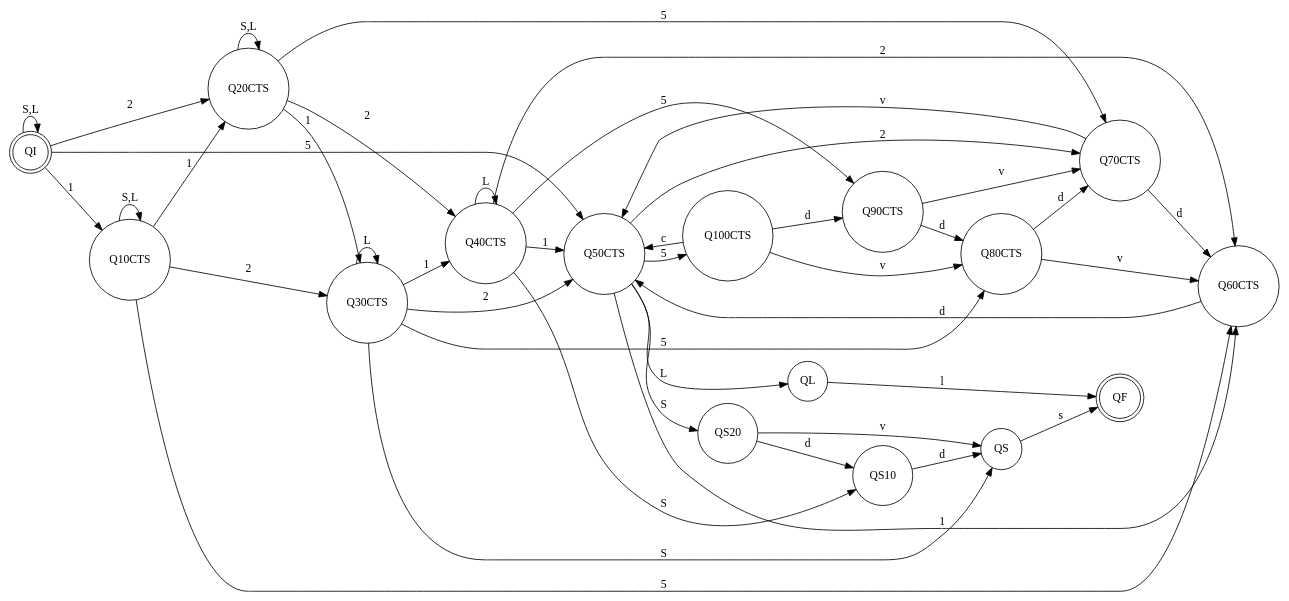
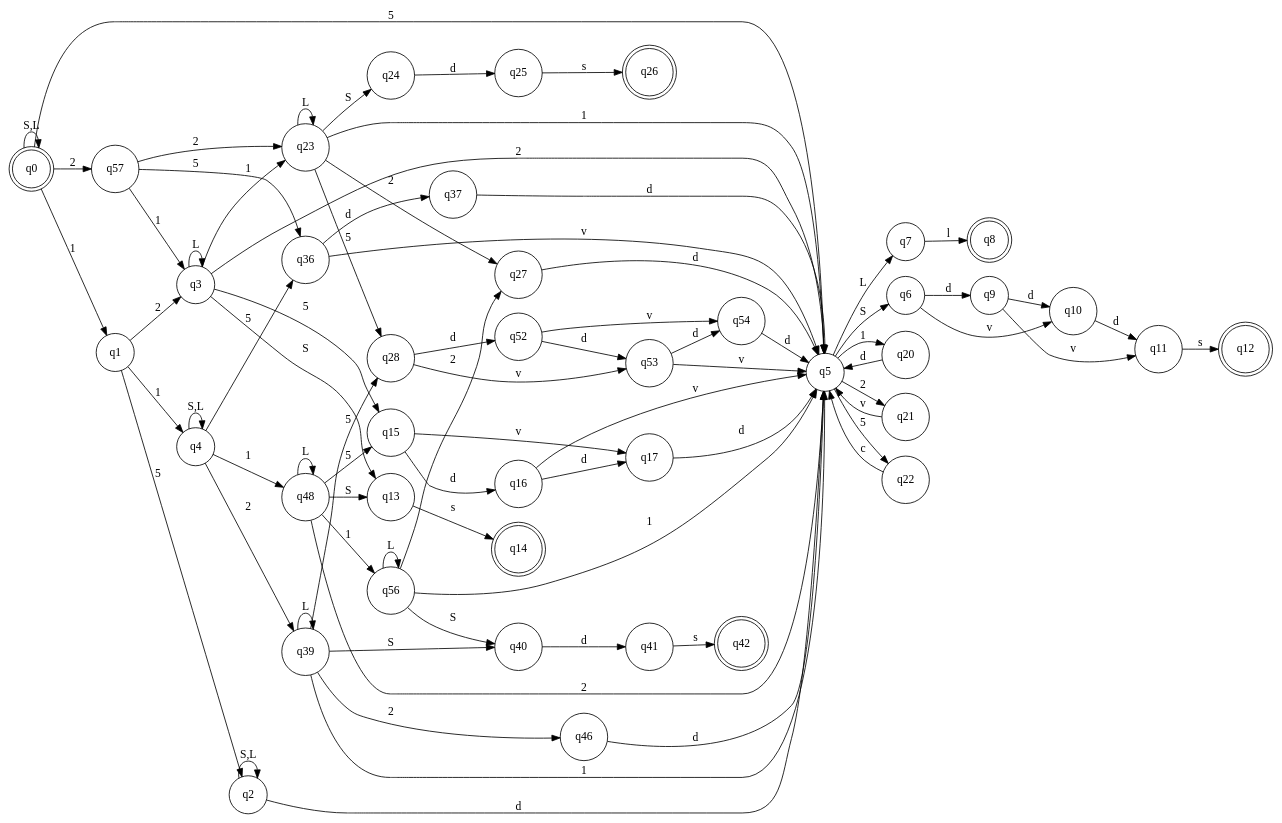
One commit to SalimKad/Automates changed the diagram in graphe.dot. Above: the diagram before and after it, drawn with Graphviz. The commit also changed 1 other file, not shown here.

```diff
--- a/graphe.dot
+++ b/graphe.dot
@@ -1,83 +1,127 @@
-digraph G{
+digraph G {
+    rankdir=LR
+    node [shape = circle]
 
-rankdir="LR";
-node [shape="circle"];
+    #état initial
+    q0 [shape = doublecircle]
+    
+    #états finaux
+    q8 [shape = doublecircle]
+    q12 [shape = doublecircle]
+    q14 [shape = doublecircle]
+    q26 [shape = doublecircle]
+    q42 [shape = doublecircle]
 
-//Q10CTS : 10 cts
-//Q20CTS : 20 cts
-//Q30CTS : 30 cts
-//Q40CTS : 40 cts
-//Q50CTS : 50 cts
-//Q60CTS : 60 cts
-//Q70CTS : 70 cts
+    #on commence par 50
+    q0 -> q5 [label="5"]
 
-//QS10 : on livre S et rend 10 cts
-//QS20 : on livre S et rend 20 cts...
+    #on commence par 20
+    q0 -> q57 [label="2"]
+    q57 -> q36 [label="5"]
+    q57 -> q23 [label="2"]
+    q57 -> q3 [label="1"]
 
-QI [shape = doublecircle]
-QF [shape = doublecircle]
+    #on commence par 10 cts
+    q0 -> q0 [label="S,L"]
+    q0 -> q1 [label="1"]
 
-//I.Cas 50 cts dès le début
-QI -> Q50CTS [label ="5"];
-QI -> QI [label ="S,L"];
-Q50CTS -> QS20 [label ="S"];
-QS20 -> QS10 [label ="d"];
-Q30CTS -> Q50CTS [label ="2"];
-QS20 -> QS [label ="v"];
-Q50CTS -> QL [label ="L"];
-QL -> QF [label ="l"];
+    #on a 10 cts et on rajoute 10, 20 ou 50 cts
+    q1 -> q2 [label="5"]
+    q1 -> q3 [label="2"]
+    q1 -> q4 [label="1"]
 
-//II.Cas 20 cts début
-//1.10 cts
-QI -> Q20CTS [label ="2"];
-Q20CTS -> Q20CTS [label ="S,L"];
-Q20CTS -> Q30CTS [label ="1"];
-Q30CTS -> Q30CTS [label ="L"];
-Q30CTS -> Q40CTS [label ="1"];
-Q40CTS -> Q40CTS [label ="L"];
-Q40CTS -> Q50CTS [label ="1"]; //Ici il a mis 50 cts
+    q2 -> q2 [label="S,L"]
+    #on est à 60 cts donc on rend 10
+    q2 -> q5 [label="d"]
+    #on est à 50 et commande long
+    q5 -> q7 [label="L"]
+    q7 -> q8 [label="l"]
+    #on est à 50 et commande short avec rendu monnaie
+    q5 -> q6 [label="S"]
+    q6 -> q9 [label="d"]
+    q6 -> q10 [label="v"]
+    q9 -> q10 [label="d"]
+    q10 -> q11 [label="d"]
+    q9 -> q11 [label="v"]
+    q11 -> q12 [label="s"]
 
-//2.20 cts
-Q20CTS -> Q40CTS [label ="2"];
+    #on est à 30 cts
+    q3 -> q3 [label="L"]
+    #commande short
+    q3 -> q13 [label="S"]
+    q13 -> q14 [label="s"]
+    #on est à 80, rendu monnaie
+    q3 -> q15 [label="5"]
+    q15 -> q16 [label="d"]
+    q16 -> q17 [label="d"]
+    q17 -> q5 [label="d"]
+    q15 -> q17 [label="v"]
+    q16 -> q5 [label="v"]
 
 
-//II.Cas 10 cts début
-//1.10 cts
-QI -> Q10CTS [label ="1"];
-Q10CTS -> Q10CTS [label ="S,L"];
-Q10CTS -> Q20CTS [label ="1"];
-Q10CTS -> Q30CTS [label ="2"];
+    q3 -> q5 [label="2"]
+    #quand on est à 50 cts et que le client rajoute de l'argent on lui rend directement sa pièce
+    q5 -> q20 [label="1"]
+    q20 -> q5 [label="d"]
+    q5 -> q21 [label="2"]
+    q21 -> q5 [label="v"]
+    q5 -> q22 [label="5"]
+    q22 -> q5 [label="c"]
 
-//Depassements
-Q10CTS -> Q60CTS [label ="5"];
-Q60CTS -> Q50CTS [label ="d"];
+    #on est à 30 cts
+    q3 -> q23 [label="1"]
+    #on est à 40 cts, commande short et rend monnaie
+    q23 -> q24 [label="S"]
+    q24 -> q25 [label="d"]
+    q25 -> q26 [label="s"]
+    #commande long impossible
+    q23 -> q23 [label="L"]
+    #rendre la pièce si 20 ou 50
+    q23 -> q27 [label="2"]
+    q27 -> q5 [label="d"]
+    q23 -> q28 [label="5"]
+    q28 -> q52 [label="d"]
+    q52 -> q53 [label="d"]
+    q53 -> q54 [label="d"]
+    q54 -> q5 [label="d"]
+    q28 -> q53 [label="v"]
+    q52 -> q54 [label="v"]
+    q53 -> q5 [label="v"]
+    #ajout 10, on est à 50
+    q23 -> q5 [label="1"]
 
-Q20CTS -> Q70CTS [label ="5"];
-Q70CTS -> Q50CTS [label ="v"]
-Q70CTS -> Q60CTS [label ="d"]
+    #on est à 20 cts
+    q4 -> q4 [label="S,L"]
+    # on est a 70, rendu monnaie et commande
+    q4 -> q36 [label="5"]
+    q36 -> q37 [label="d"]
+    q37 -> q5 [label="d"]
+    q36 -> q5 [label="v"]
+    #on est a 40
+    q4 -> q39 [label="2"]
+    q39 -> q40 [label="S"]
+    q40 -> q41 [label="d"]
+    q41 -> q42 [label="s"]
+    q39 -> q39 [label="L"]
+    #on est à 50 et commande
+    q39 -> q5 [label="1"]
+    q39 -> q46 [label="2"]
+    q46 -> q5 [label="d"]
+    q39 -> q28 [label="5"]
 
 
-Q30CTS -> Q80CTS [label ="5"];
-Q80CTS -> Q60CTS [label ="v"];
-Q80CTS -> Q70CTS [label ="d"];
+    #on est à 20 cts
+    q4 -> q48 [label="1"]
+    q48 -> q13 [label="S"]
+    #on est a 30
+    q48 -> q48 [label="L"]
+    q48 -> q15 [label="5"]
+    q48 -> q5 [label="2"]
+    q48 -> q56 [label="1"]
 
-Q40CTS -> Q60CTS [label ="2"];
-Q40CTS -> Q90CTS [label ="5"];
-Q90CTS -> Q70CTS [label ="v"];
-Q90CTS -> Q80CTS [label ="d"];
+    q56 -> q5 [label="1"]
+    q56 -> q27 [label="2"]
+    q56 -> q40 [label="S"]
+    q56 -> q56 [label="L"]
 
-Q50CTS -> Q60CTS [label ="1"];
-Q50CTS -> Q70CTS [label ="2"];
-Q50CTS -> Q100CTS [label ="5"];
-Q100CTS -> Q80CTS [label ="v"];
-Q100CTS -> Q90CTS [label ="d"];
-Q100CTS -> Q50CTS [label ="c"];
-
-
-//Livraison de s
-Q40CTS -> QS10 [label ="S"];
-QS10 -> QS [label ="d"];
-
-Q30CTS -> QS [label ="S"];
-QS -> QF [label ="s"];
 }
```
